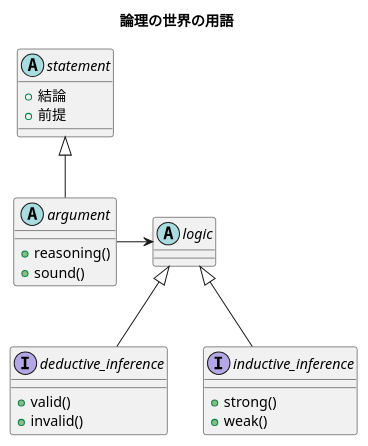
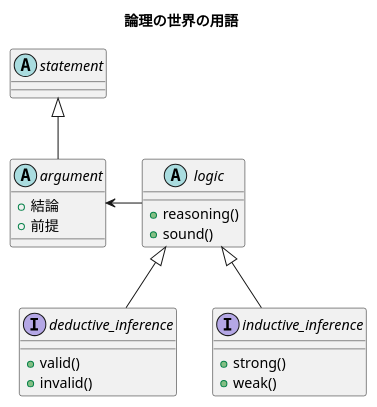
The second of 30 diagrams in docs/slides/WIP.md (k2works/pragmatic-presentation-exercise-2024), drawn with PlantUML before and after one commit. The commit also changed other lines of this file and 1 other file, not shown here.

````diff
--- a/docs/slides/WIP.md
+++ b/docs/slides/WIP.md
@@ -89,35 +89,35 @@
 ```plantuml
 @startuml
 
 title 論理の世界の用語
 
 abstract "statement" as A {
+}
+
+abstract "argument" as B {
   + 結論
   + 前提
 }
 
-abstract "argument" as B {
+abstract "logic" as C {
   + reasoning()
   + sound()
-}
-
-abstract "logic" as C {
 }
 
 interface "deductive_inference" as D {
   + valid()
   + invalid()
 }
 
 interface "inductive_inference" as E {
   + strong()
   + weak()
 }
 
 A <|-- B
-B -> C
+B <- C
 C <|-- D
 C <|-- E
 
 @enduml
 ```
````
